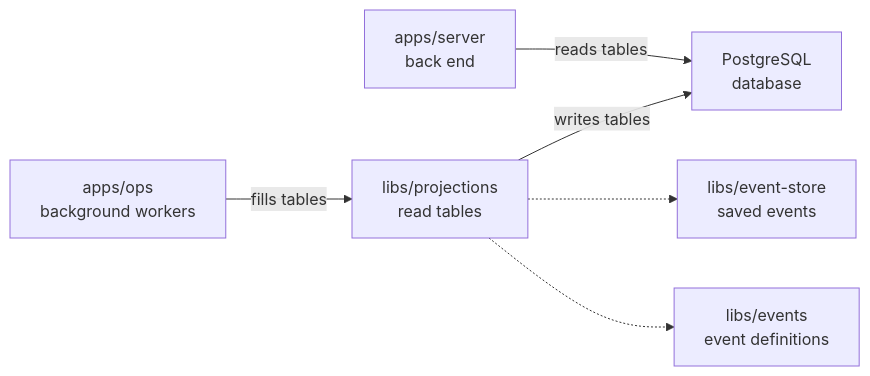
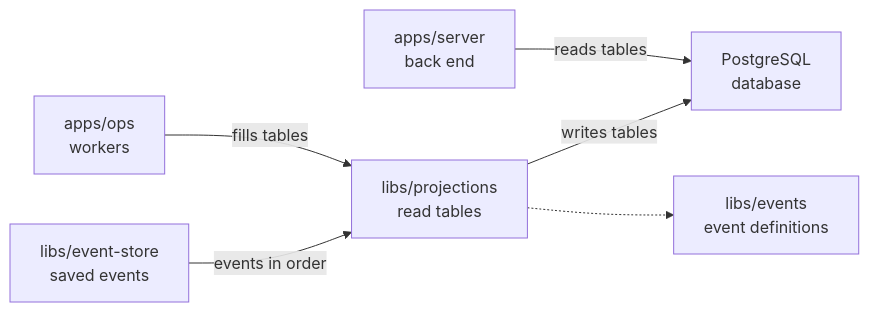
Before and after one commit to elewa-git/opencrane-new: the diagram in libs/projections/README.md, drawn with Mermaid. The commit also changed other lines of this file and 4 other files, not shown here.

````diff
--- a/libs/projections/README.md
+++ b/libs/projections/README.md
@@ -18,8 +23,8 @@
 ```mermaid
 flowchart LR
-  ops["apps/ops<br/>background workers"] -->|fills tables| projections["libs/projections<br/>read tables"]
+  ops["apps/ops<br/>workers"] -->|fills tables| projections["libs/projections<br/>read tables"]
   server["apps/server<br/>back end"] -->|reads tables| pg["PostgreSQL<br/>database"]
   projections -->|writes tables| pg
-  projections -.-> store["libs/event-store<br/>saved events"]
+  store["libs/event-store<br/>saved events"] -->|events in order| projections
   projections -.-> events["libs/events<br/>event definitions"]
 ```
````
